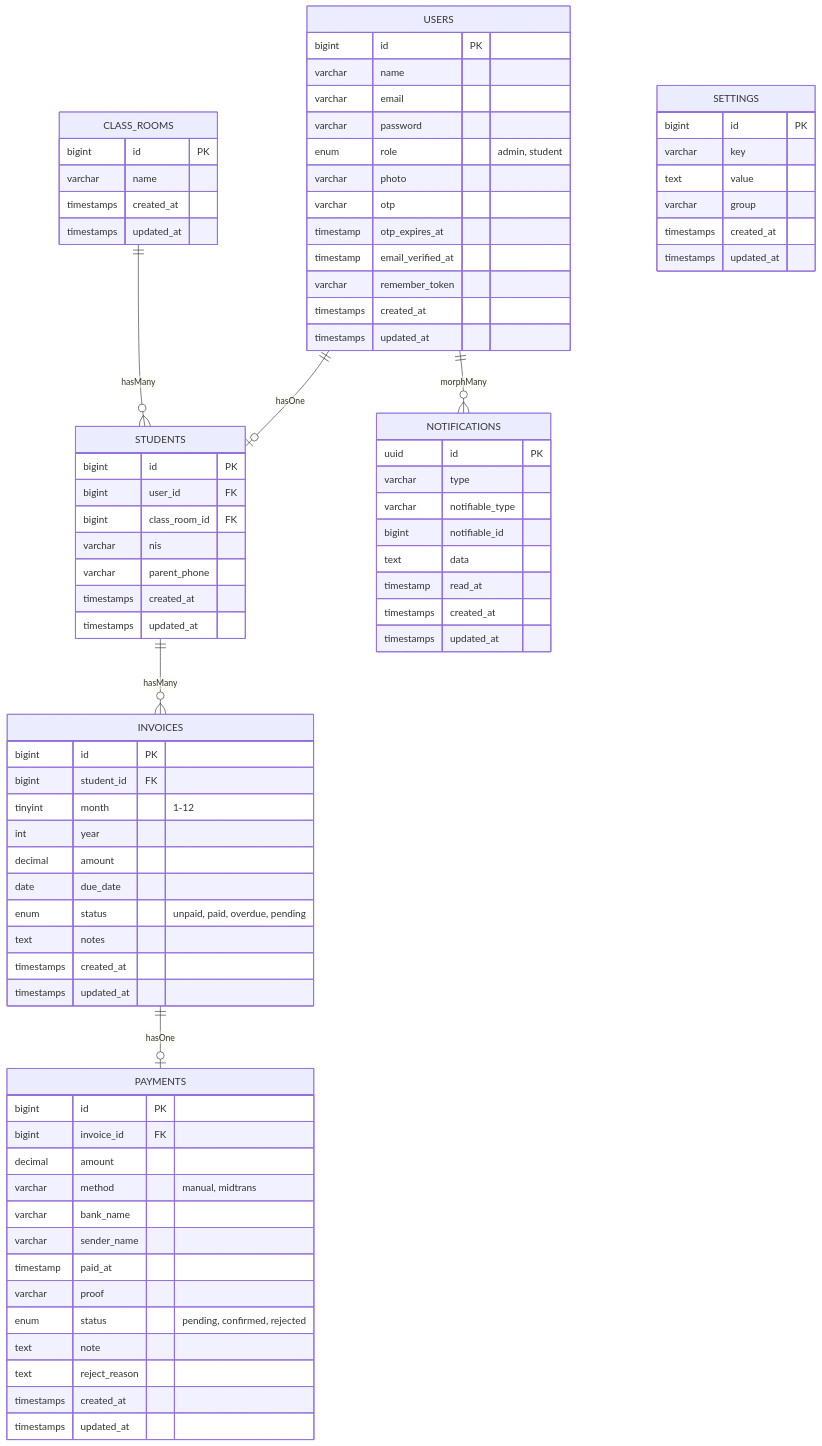
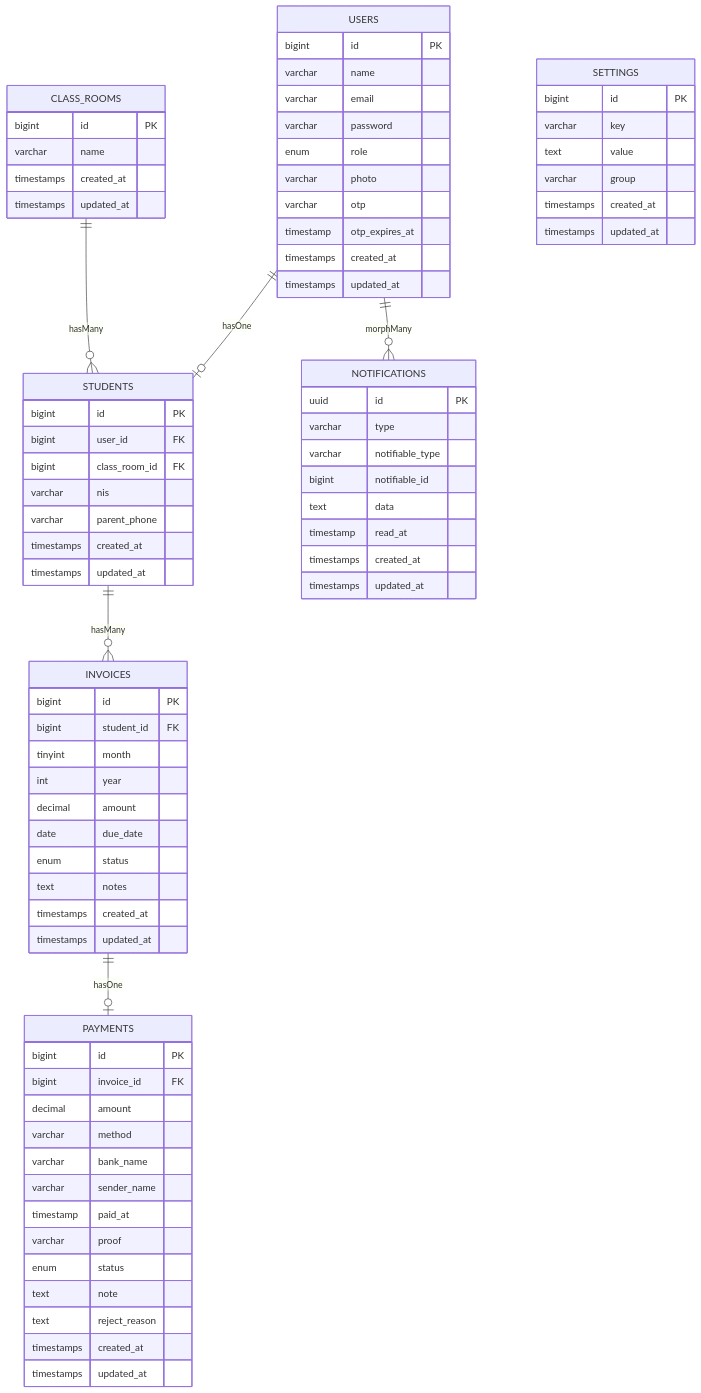
Before and after one commit to OzanProject/spp: the diagram in README.md, drawn with Mermaid. The commit also changed other lines of this file, not shown here.

Commit message:
fix: Rewrite README.md with clean UTF-8 encoding, fix Mermaid ERD

```diff
--- a/README.md
+++ b/README.md
@@ -163,12 +154,10 @@
         varchar name
         varchar email
         varchar password
-        enum role "admin, student"
+        enum role
         varchar photo
         varchar otp
         timestamp otp_expires_at
-        timestamp email_verified_at
-        varchar remember_token
         timestamps created_at
         timestamps updated_at
     }
@@ -193,11 +182,11 @@
     INVOICES {
         bigint id PK
         bigint student_id FK
-        tinyint month "1-12"
+        tinyint month
         int year
         decimal amount
         date due_date
-        enum status "unpaid, paid, overdue, pending"
+        enum status
         text notes
         timestamps created_at
         timestamps updated_at
@@ -207,12 +196,12 @@
         bigint id PK
         bigint invoice_id FK
         decimal amount
-        varchar method "manual, midtrans"
+        varchar method
         varchar bank_name
         varchar sender_name
         timestamp paid_at
         varchar proof
-        enum status "pending, confirmed, rejected"
+        enum status
         text note
         text reject_reason
         timestamps created_at
```
